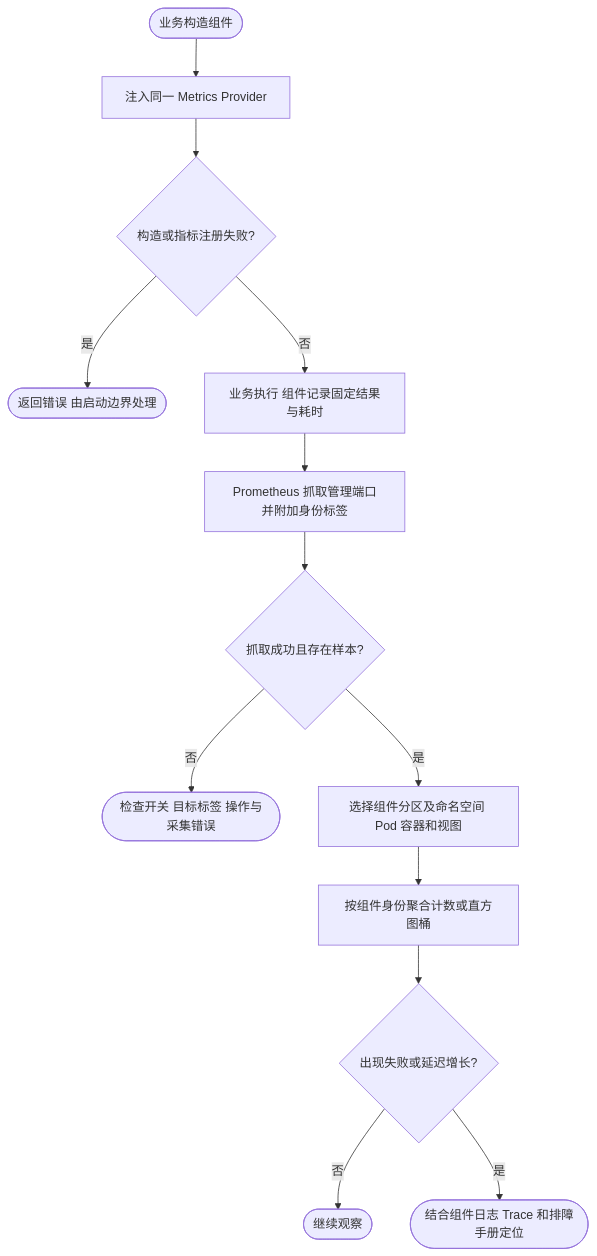
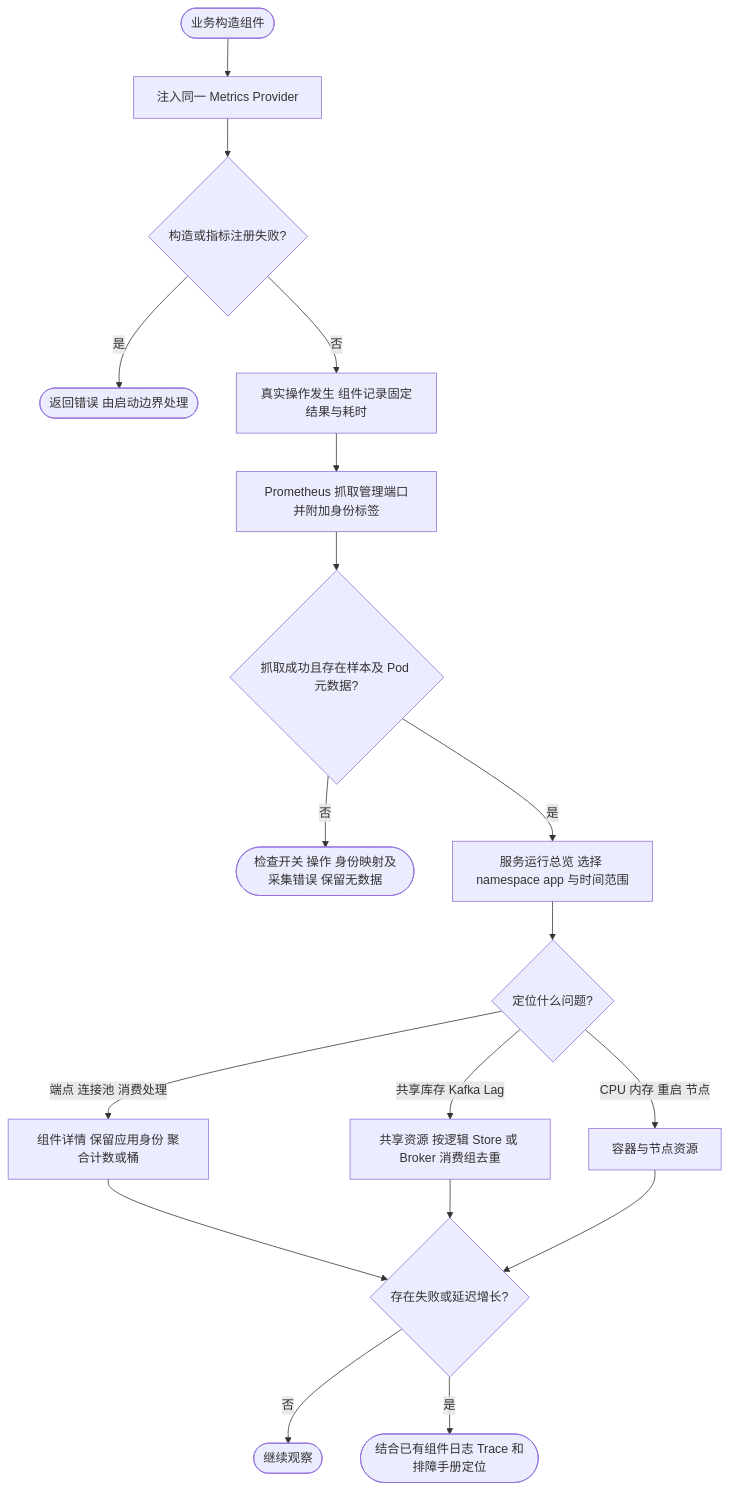
Before and after one commit to jaggerzhuang1994/kratos-foundation: the diagram in deploy/observability/docs/components.md, drawn with Mermaid. The commit also changed other lines of this file and 204 other files, not shown here.

````diff
--- a/deploy/observability/docs/components.md
+++ b/deploy/observability/docs/components.md
@@ -31,15 +49,20 @@
 ```mermaid
 flowchart TD
     A([业务构造组件]) --> B[注入同一 Metrics Provider]
     B --> C{构造或指标注册失败?}
     C -- 是 --> D([返回错误 由启动边界处理])
-    C -- 否 --> E[业务执行 组件记录固定结果与耗时]
+    C -- 否 --> E[真实操作发生 组件记录固定结果与耗时]
     E --> F[Prometheus 抓取管理端口并附加身份标签]
-    F --> G{抓取成功且存在样本?}
-    G -- 否 --> H([检查开关 目标标签 操作与采集错误])
-    G -- 是 --> I[选择组件分区及命名空间 Pod 容器和视图]
-    I --> J[按组件身份聚合计数或直方图桶]
-    J --> K{出现失败或延迟增长?}
-    K -- 否 --> L([继续观察])
-    K -- 是 --> M([结合组件日志 Trace 和排障手册定位])
+    F --> G{抓取成功且存在样本及 Pod 元数据?}
+    G -- 否 --> H([检查开关 操作 身份映射及采集错误 保留无数据])
+    G -- 是 --> I[服务运行总览 选择 namespace app 与时间范围]
+    I --> J{定位什么问题?}
+    J -- 端点 连接池 消费处理 --> K[组件详情 保留应用身份 聚合计数或桶]
+    J -- 共享库存 Kafka Lag --> Q[共享资源 按逻辑 Store 或 Broker 消费组去重]
+    J -- CPU 内存 重启 节点 --> R[容器与节点资源]
+    K --> L{存在失败或延迟增长?}
+    Q --> L
+    R --> L
+    L -- 否 --> M([继续观察])
+    L -- 是 --> N([结合已有组件日志 Trace 和排障手册定位])
 ```
````
